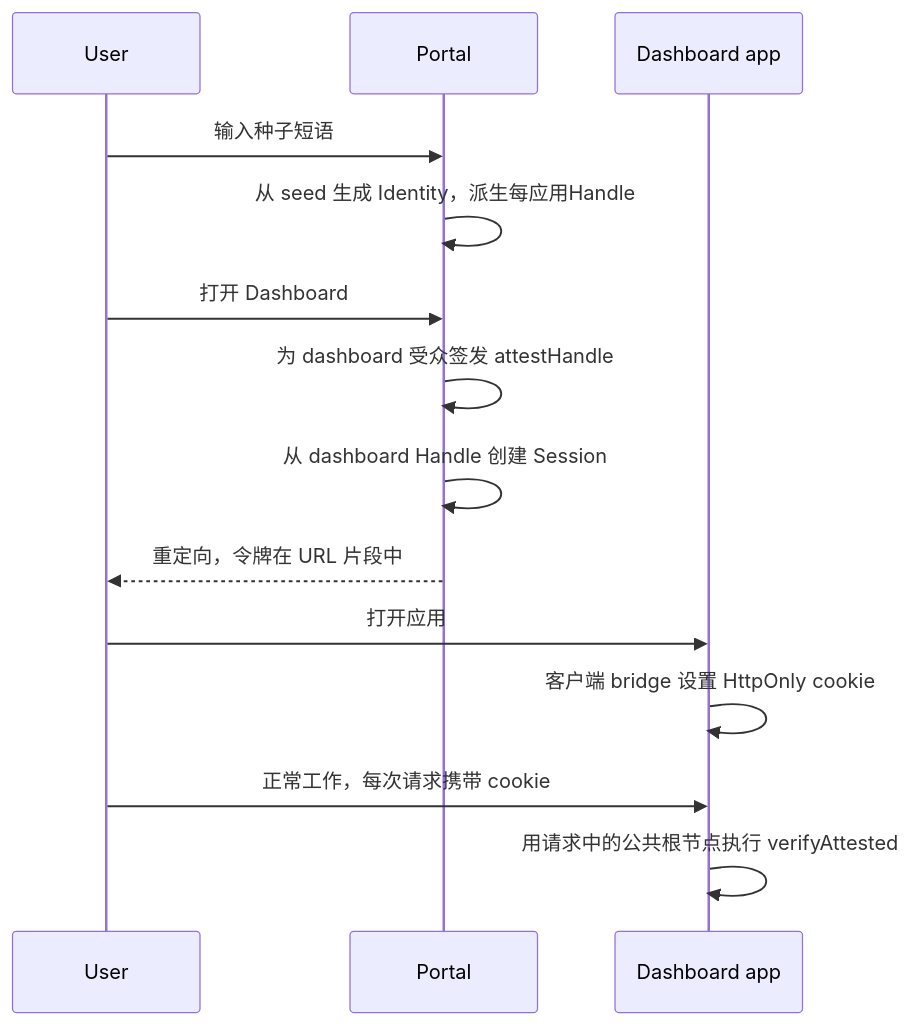
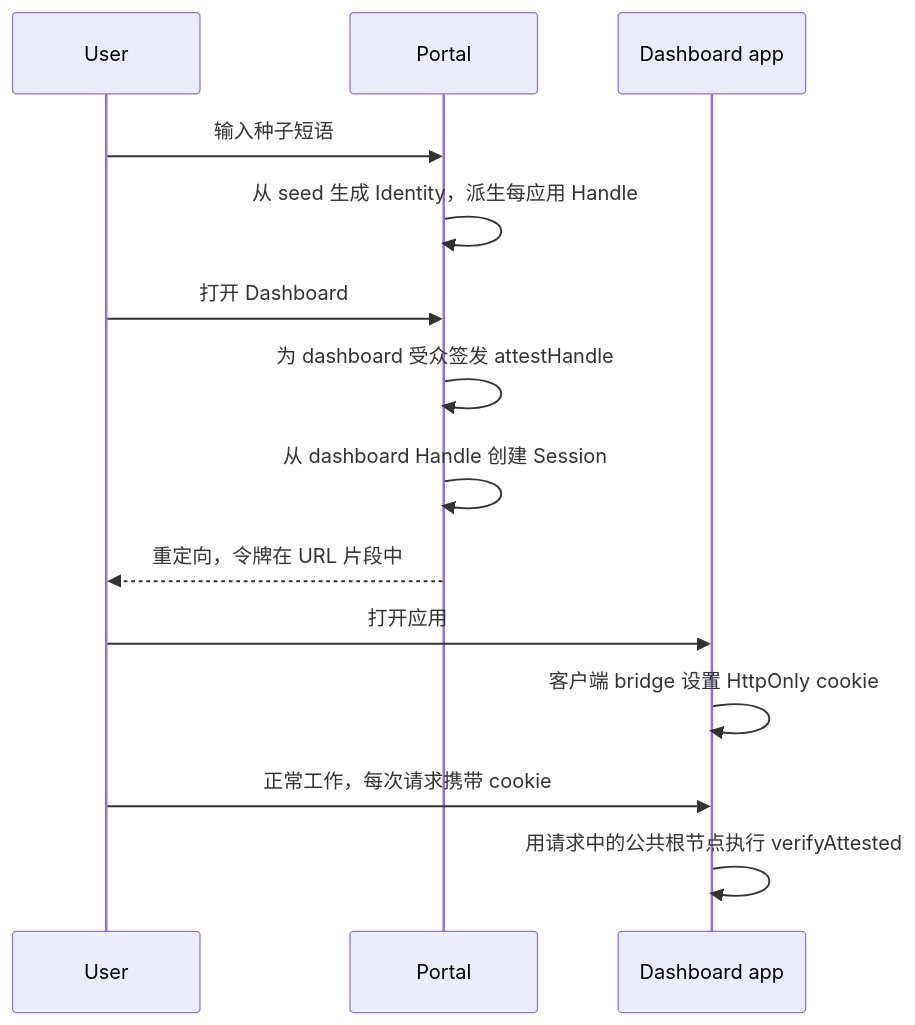
Before and after one commit to me2em-org/me2em-website: the diagram in src/content/blog/zh/me2em-multi-app-sso.md, drawn with Mermaid. The commit also changed other lines of this file and 6 other files, not shown here.

````diff
--- a/src/content/blog/zh/me2em-multi-app-sso.md
+++ b/src/content/blog/zh/me2em-multi-app-sso.md
@@ -46,17 +46,17 @@
 ```mermaid
 sequenceDiagram
     participant U as User
     participant P as Portal
     participant D as Dashboard app
 
     U->>P: 输入种子短语
-    P->>P: 从 seed 生成 Identity，派生每应用Handle
+    P->>P: 从 seed 生成 Identity，派生每应用 Handle
     U->>P: 打开 Dashboard
     P->>P: 为 dashboard 受众签发 attestHandle
     P->>P: 从 dashboard Handle 创建 Session
     P-->>U: 重定向，令牌在 URL 片段中
     U->>D: 打开应用
     D->>D: 客户端 bridge 设置 HttpOnly cookie
     U->>D: 正常工作，每次请求携带 cookie
     D->>D: 用请求中的公共根节点执行 verifyAttested
 ```
````
